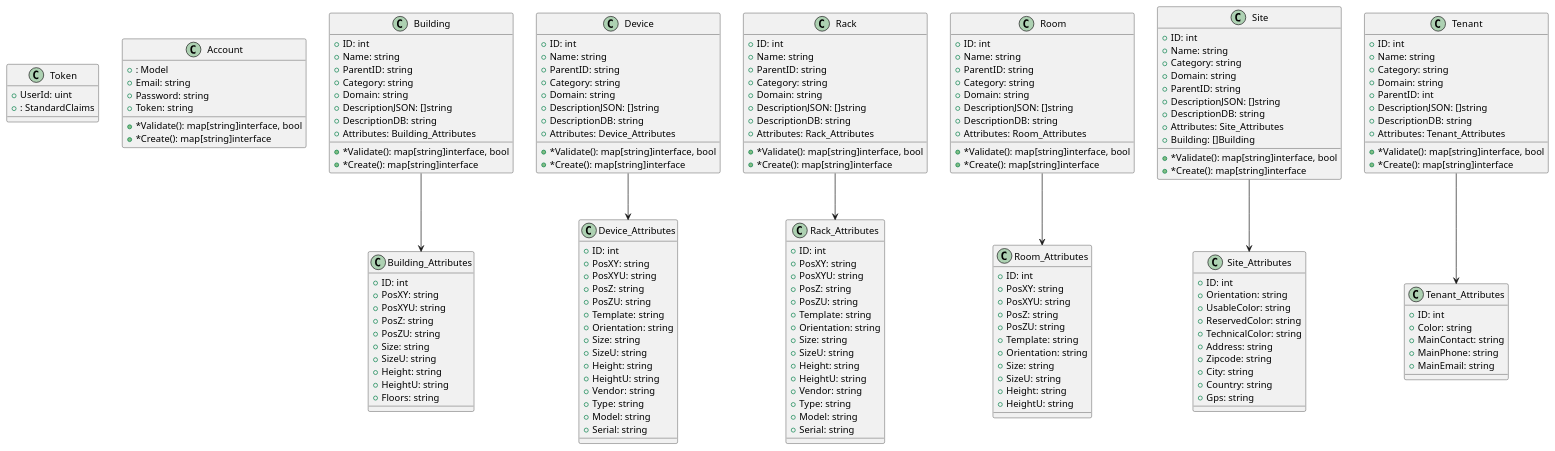
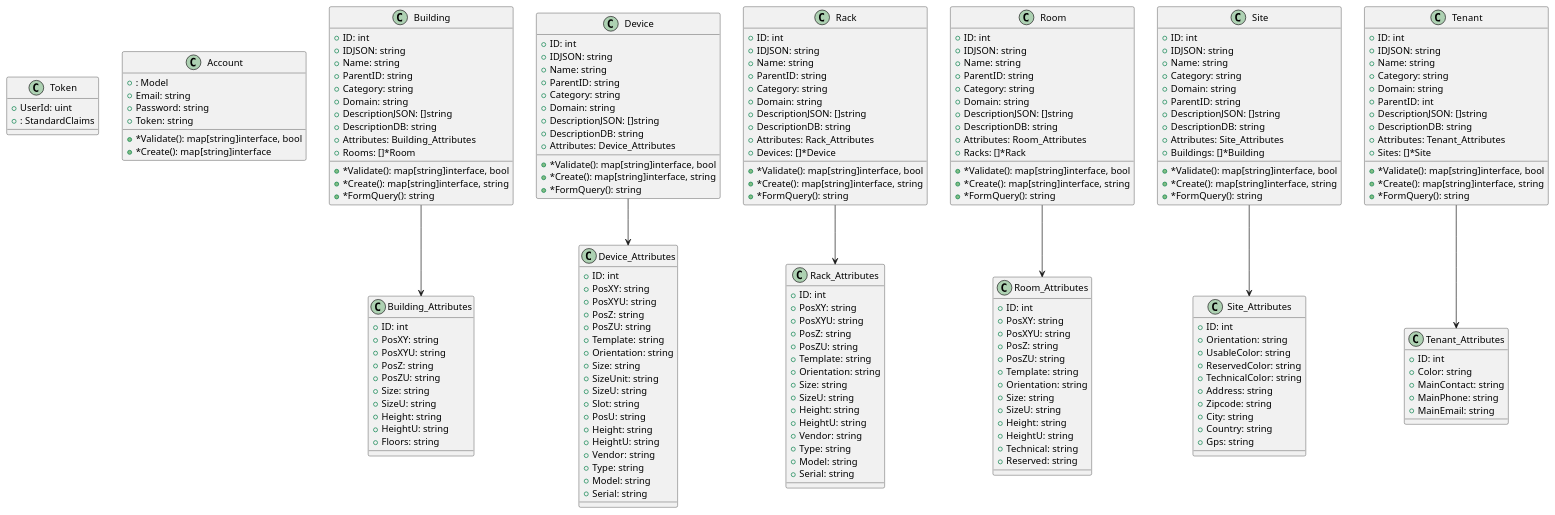
One commit to ditrit/OGrEE-Core changed the diagram in resources/diagrams/graph.puml. Above: the diagram before and after it, drawn with PlantUML. The commit also changed 1 other file, not shown here.

Commit message:
Updated the UML

```diff
--- a/resources/diagrams/graph.puml
+++ b/resources/diagrams/graph.puml
@@ -1,178 +1,199 @@
 @startuml
 class Token {
 +UserId: uint
 +: StandardClaims
 
 }
 class Account {
 +: Model
 +Email: string
 +Password: string
 +Token: string
 +*Validate(): map[string]interface, bool
 +*Create(): map[string]interface
 }
+class Building {
++ID: int
++IDJSON: string
++Name: string
++ParentID: string
++Category: string
++Domain: string
++DescriptionJSON: []string
++DescriptionDB: string
++Attributes: Building_Attributes
++Rooms: []*Room
++*Validate(): map[string]interface, bool
++*Create(): map[string]interface, string
++*FormQuery(): string
+}
 class Building_Attributes {
 +ID: int
 +PosXY: string
 +PosXYU: string
 +PosZ: string
 +PosZU: string
 +Size: string
 +SizeU: string
 +Height: string
 +HeightU: string
 +Floors: string
 
 }
-class Building {
-+ID: int
-+Name: string
-+ParentID: string
-+Category: string
-+Domain: string
-+DescriptionJSON: []string
-+DescriptionDB: string
-+Attributes: Building_Attributes
-+*Validate(): map[string]interface, bool
-+*Create(): map[string]interface
-}
-class Device {
-+ID: int
-+Name: string
-+ParentID: string
-+Category: string
-+Domain: string
-+DescriptionJSON: []string
-+DescriptionDB: string
-+Attributes: Device_Attributes
-+*Validate(): map[string]interface, bool
-+*Create(): map[string]interface
-}
 class Device_Attributes {
 +ID: int
 +PosXY: string
 +PosXYU: string
 +PosZ: string
 +PosZU: string
 +Template: string
 +Orientation: string
 +Size: string
++SizeUnit: string
 +SizeU: string
++Slot: string
++PosU: string
 +Height: string
 +HeightU: string
 +Vendor: string
 +Type: string
 +Model: string
 +Serial: string
 
+}
+class Device {
++ID: int
++IDJSON: string
++Name: string
++ParentID: string
++Category: string
++Domain: string
++DescriptionJSON: []string
++DescriptionDB: string
++Attributes: Device_Attributes
++*Validate(): map[string]interface, bool
++*Create(): map[string]interface, string
++*FormQuery(): string
+}
+class Rack {
++ID: int
++IDJSON: string
++Name: string
++ParentID: string
++Category: string
++Domain: string
++DescriptionJSON: []string
++DescriptionDB: string
++Attributes: Rack_Attributes
++Devices: []*Device
++*Validate(): map[string]interface, bool
++*Create(): map[string]interface, string
++*FormQuery(): string
 }
 class Rack_Attributes {
 +ID: int
 +PosXY: string
 +PosXYU: string
 +PosZ: string
 +PosZU: string
 +Template: string
 +Orientation: string
 +Size: string
 +SizeU: string
 +Height: string
 +HeightU: string
 +Vendor: string
 +Type: string
 +Model: string
 +Serial: string
 
 }
-class Rack {
-+ID: int
-+Name: string
-+ParentID: string
-+Category: string
-+Domain: string
-+DescriptionJSON: []string
-+DescriptionDB: string
-+Attributes: Rack_Attributes
-+*Validate(): map[string]interface, bool
-+*Create(): map[string]interface
-}
 class Room_Attributes {
 +ID: int
 +PosXY: string
 +PosXYU: string
 +PosZ: string
 +PosZU: string
 +Template: string
 +Orientation: string
 +Size: string
 +SizeU: string
 +Height: string
 +HeightU: string
++Technical: string
++Reserved: string
 
 }
 class Room {
 +ID: int
++IDJSON: string
 +Name: string
 +ParentID: string
 +Category: string
 +Domain: string
 +DescriptionJSON: []string
 +DescriptionDB: string
 +Attributes: Room_Attributes
++Racks: []*Rack
 +*Validate(): map[string]interface, bool
-+*Create(): map[string]interface
++*Create(): map[string]interface, string
++*FormQuery(): string
 }
 class Site_Attributes {
 +ID: int
 +Orientation: string
 +UsableColor: string
 +ReservedColor: string
 +TechnicalColor: string
 +Address: string
 +Zipcode: string
 +City: string
 +Country: string
 +Gps: string
 
 }
 class Site {
 +ID: int
++IDJSON: string
 +Name: string
 +Category: string
 +Domain: string
 +ParentID: string
 +DescriptionJSON: []string
 +DescriptionDB: string
 +Attributes: Site_Attributes
-+Building: []Building
++Buildings: []*Building
 +*Validate(): map[string]interface, bool
-+*Create(): map[string]interface
++*Create(): map[string]interface, string
++*FormQuery(): string
 }
 class Tenant_Attributes {
 +ID: int
 +Color: string
 +MainContact: string
 +MainPhone: string
 +MainEmail: string
 
 }
 class Tenant {
 +ID: int
++IDJSON: string
 +Name: string
 +Category: string
 +Domain: string
 +ParentID: int
 +DescriptionJSON: []string
 +DescriptionDB: string
 +Attributes: Tenant_Attributes
++Sites: []*Site
 +*Validate(): map[string]interface, bool
-+*Create(): map[string]interface
++*Create(): map[string]interface, string
++*FormQuery(): string
 }
 Building --> Building_Attributes
 Device --> Device_Attributes
 Rack --> Rack_Attributes
 Room --> Room_Attributes
 Site --> Site_Attributes
 Tenant --> Tenant_Attributes
 @enduml
```
